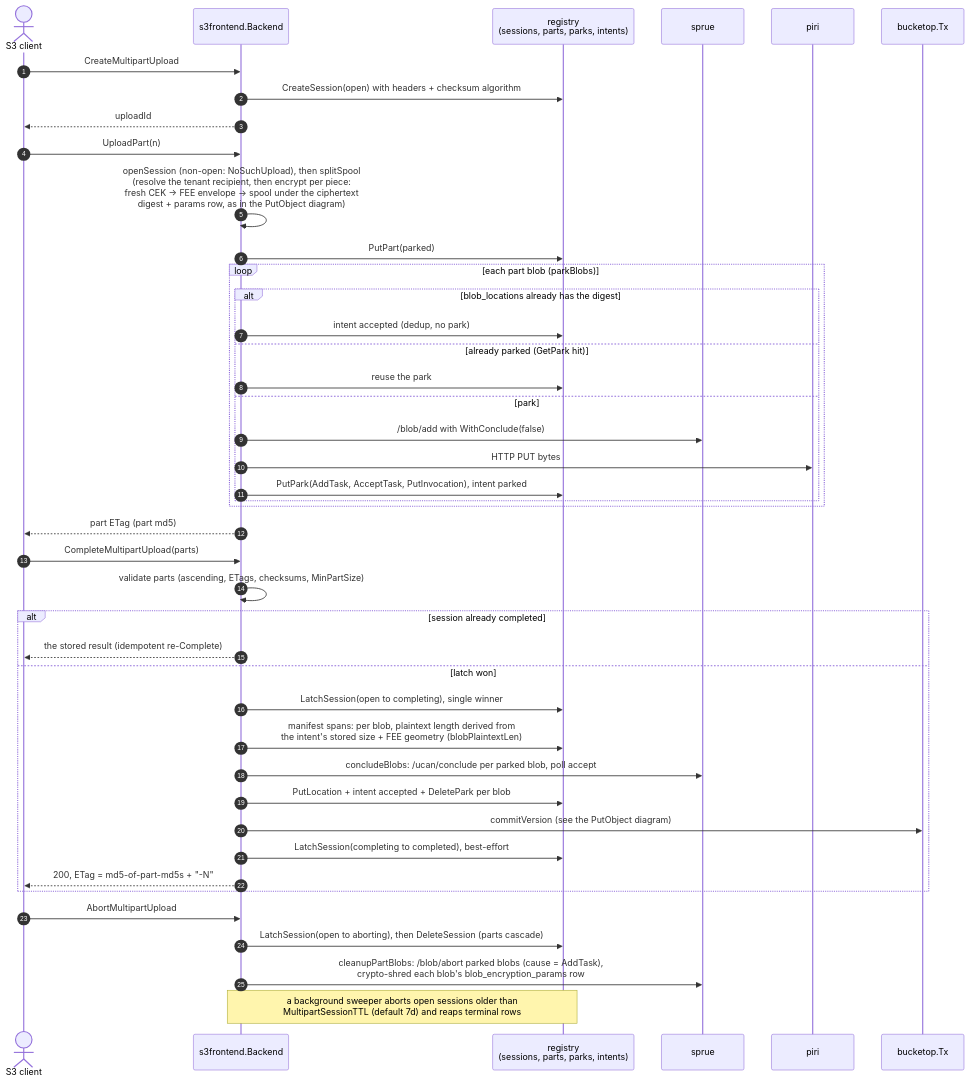
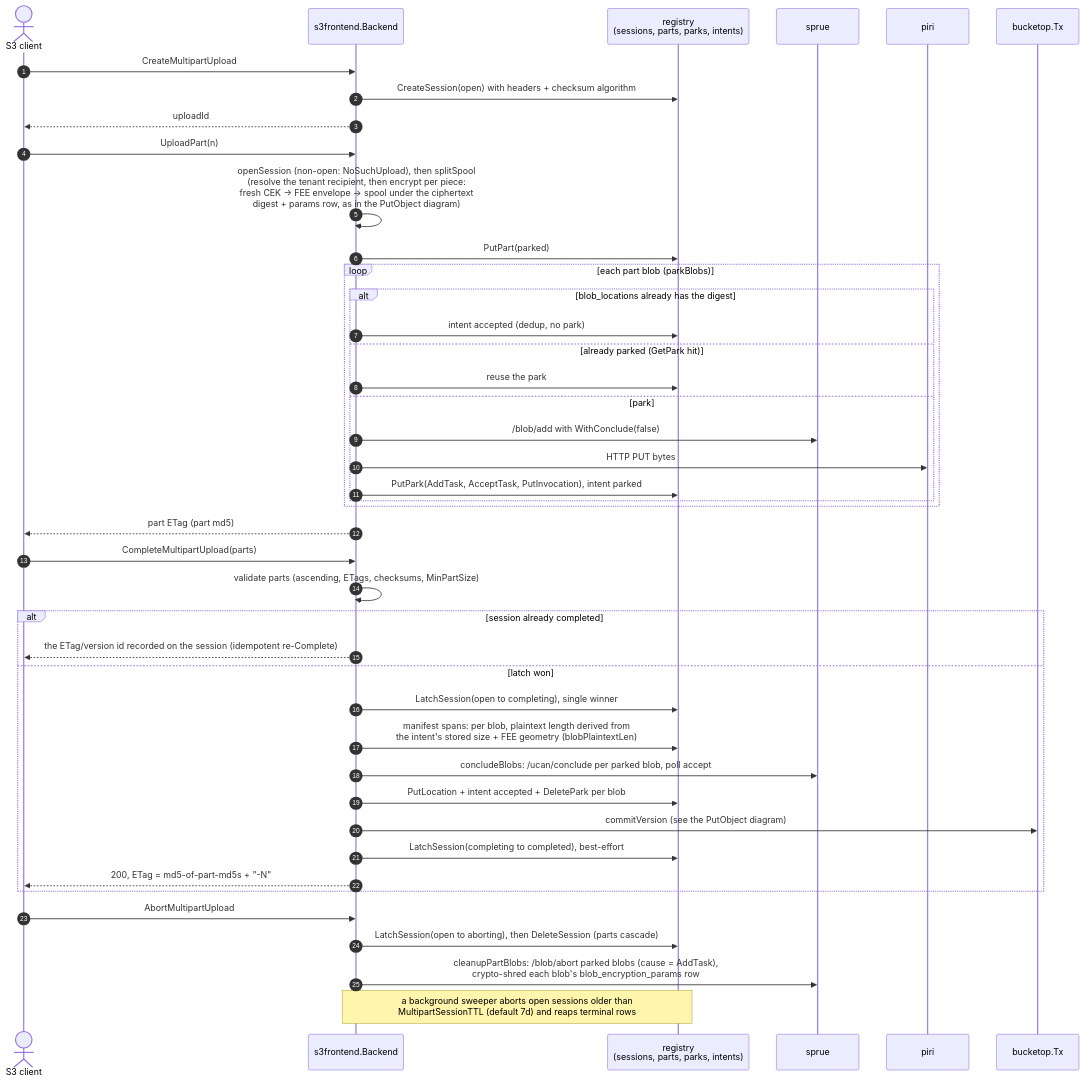
The sixth of 14 diagrams in docs/diagrams.md (fil-forge/ingot), drawn with Mermaid before and after one commit. The commit also changed other lines of this file and 25 other files, not shown here.

````diff
--- a/docs/diagrams.md
+++ b/docs/diagrams.md
@@ -402,46 +402,46 @@
 ```mermaid
 sequenceDiagram
     autonumber
     actor C as S3 client
     participant B as s3frontend.Backend
     participant R as registry<br/>(sessions, parts, parks, intents)
     participant U as sprue
     participant P as piri
     participant TX as bucketop.Tx
 
     C->>B: CreateMultipartUpload
     B->>R: CreateSession(open) with headers + checksum algorithm
     B-->>C: uploadId
     C->>B: UploadPart(n)
     B->>B: openSession (non-open: NoSuchUpload), then splitSpool<br/>(resolve the tenant recipient, then encrypt per piece:<br/>fresh CEK → FEE envelope → spool under the ciphertext<br/>digest + params row, as in the PutObject diagram)
     B->>R: PutPart(parked)
     loop each part blob (parkBlobs)
         alt blob_locations already has the digest
             B->>R: intent accepted (dedup, no park)
         else already parked (GetPark hit)
             B->>R: reuse the park
         else park
             B->>U: /blob/add with WithConclude(false)
             B->>P: HTTP PUT bytes
             B->>R: PutPark(AddTask, AcceptTask, PutInvocation), intent parked
         end
     end
     B-->>C: part ETag (part md5)
     C->>B: CompleteMultipartUpload(parts)
     B->>B: validate parts (ascending, ETags, checksums, MinPartSize)
     alt session already completed
-        B-->>C: the stored result (idempotent re-Complete)
+        B-->>C: the ETag/version id recorded on the session (idempotent re-Complete)
     else latch won
         B->>R: LatchSession(open to completing), single winner
         B->>R: manifest spans: per blob, plaintext length derived from<br/>the intent's stored size + FEE geometry (blobPlaintextLen)
         B->>U: concludeBlobs: /ucan/conclude per parked blob, poll accept
         B->>R: PutLocation + intent accepted + DeletePark per blob
         B->>TX: commitVersion (see the PutObject diagram)
         B->>R: LatchSession(completing to completed), best-effort
         B-->>C: 200, ETag = md5-of-part-md5s + "-N"
     end
     C->>B: AbortMultipartUpload
     B->>R: LatchSession(open to aborting), then DeleteSession (parts cascade)
     B->>U: cleanupPartBlobs: /blob/abort parked blobs (cause = AddTask),<br/>crypto-shred each blob's blob_encryption_params row
     Note over B,R: a background sweeper aborts open sessions older than<br/>MultipartSessionTTL (default 7d) and reaps terminal rows
 ```
````
